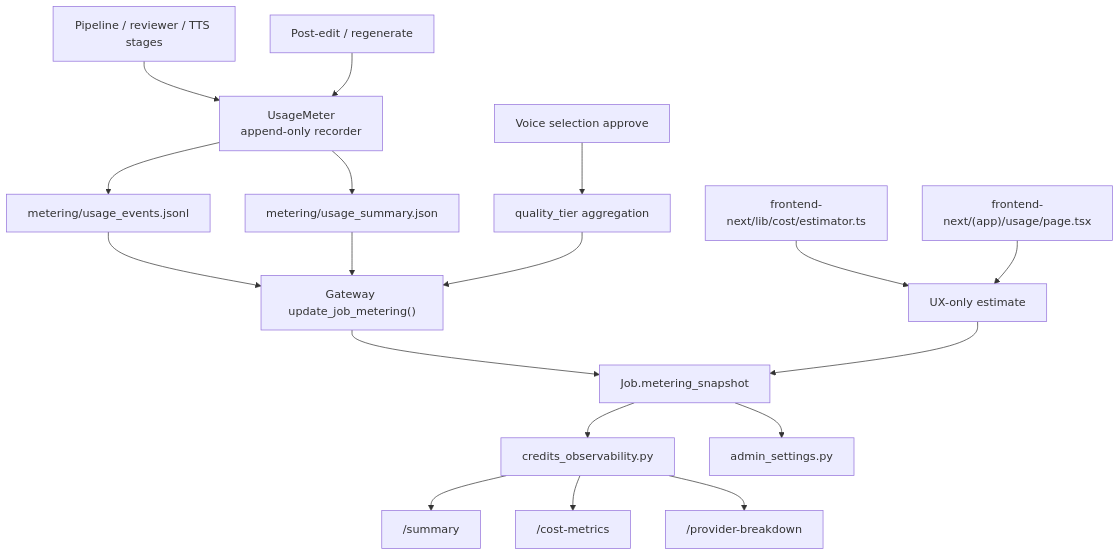
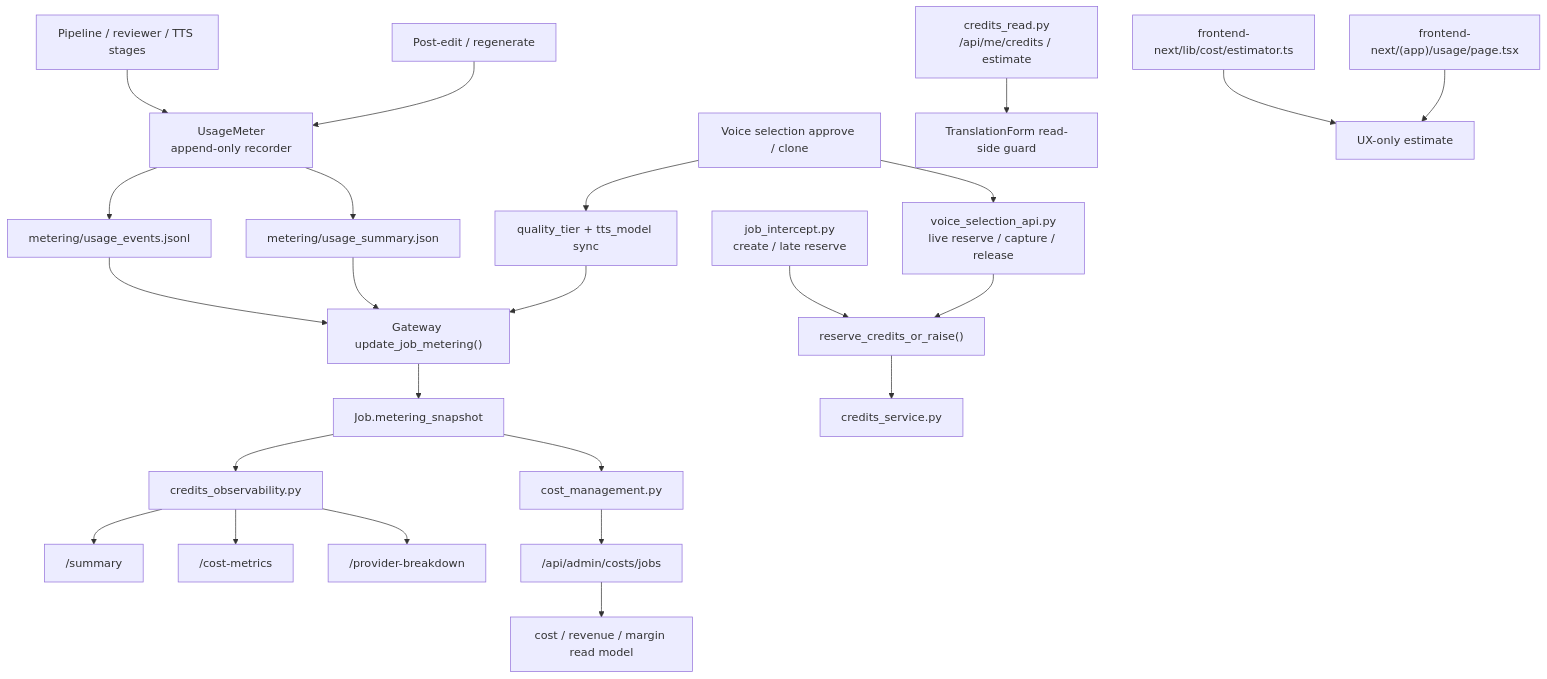
Before and after one commit to sun9bear/AITransVideo: the diagram in docs/graphs/GITNEXUS_BENCHMARK_QUALITY_COST_GRAPH.md, drawn with Mermaid. The commit also changed other lines of this file and 6 other files, not shown here.

Commit message:
docs(graphs): refresh GitNexus graphs to 1934901

````diff
--- a/docs/graphs/GITNEXUS_BENCHMARK_QUALITY_COST_GRAPH.md
+++ b/docs/graphs/GITNEXUS_BENCHMARK_QUALITY_COST_GRAPH.md
@@ -19,25 +20,33 @@
 ```mermaid
 graph TD
     Workflow["Pipeline / reviewer / TTS stages"] --> UsageMeter
     PostEdit["Post-edit / regenerate"] --> UsageMeter
-    VoiceReview["Voice selection approve"] --> QualityTier
+    VoiceReview["Voice selection approve / clone"] --> QualityTier
 
     UsageMeter["UsageMeter<br/>append-only recorder"] --> Events["metering/usage_events.jsonl"]
     UsageMeter --> Summary["metering/usage_summary.json"]
 
     Events --> Writeback["Gateway update_job_metering()"]
     Summary --> Writeback
-    QualityTier["quality_tier aggregation"] --> Writeback
+    QualityTier["quality_tier + tts_model sync"] --> Writeback
 
     Writeback --> Snapshot["Job.metering_snapshot"]
     Snapshot --> CreditsObs["credits_observability.py"]
-    Snapshot --> AdminSettings["admin_settings.py"]
+    Snapshot --> CostMgmt["cost_management.py"]
+
+    CreditsRead["credits_read.py<br/>/api/me/credits / estimate"] --> Guards["TranslationForm read-side guard"]
+    JobCreate["job_intercept.py<br/>create / late reserve"] --> LiveReserve["reserve_credits_or_raise()"]
+    VoiceReview --> CloneLedger["voice_selection_api.py<br/>live reserve / capture / release"]
+    CloneLedger --> LiveReserve
+    LiveReserve --> CreditsService["credits_service.py"]
 
     CreditsObs --> SummaryApi["/summary"]
     CreditsObs --> CostApi["/cost-metrics"]
     CreditsObs --> ProviderApi["/provider-breakdown"]
 
+    CostMgmt --> AdminCosts["/api/admin/costs/jobs"]
+    AdminCosts --> MarginView["cost / revenue / margin read model"]
+
     Estimator["frontend-next/lib/cost/estimator.ts"] --> ReadOnly["UX-only estimate"]
     UsagePage["frontend-next/(app)/usage/page.tsx"] --> ReadOnly
-    ReadOnly --> Snapshot
 ```
````
